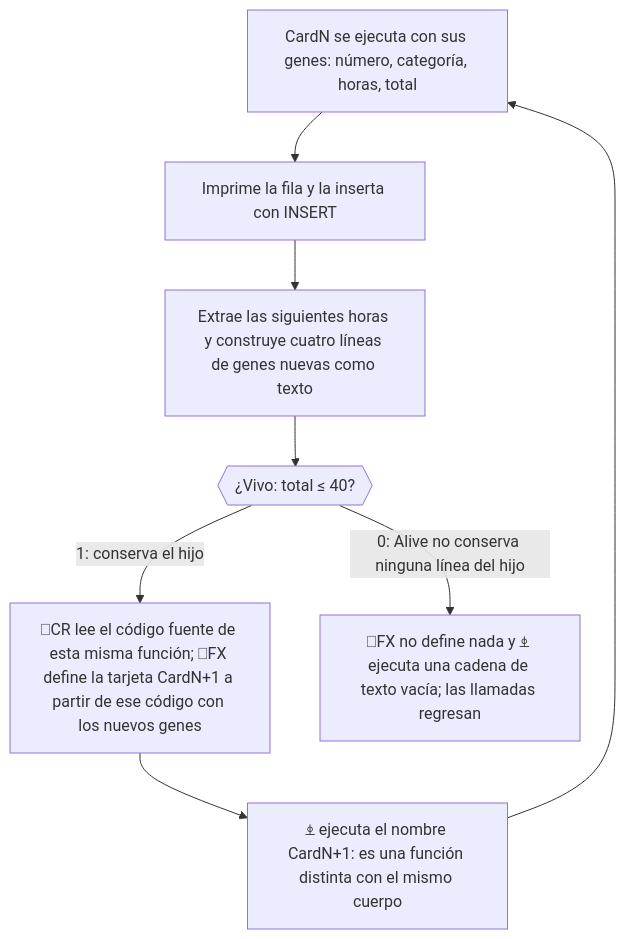
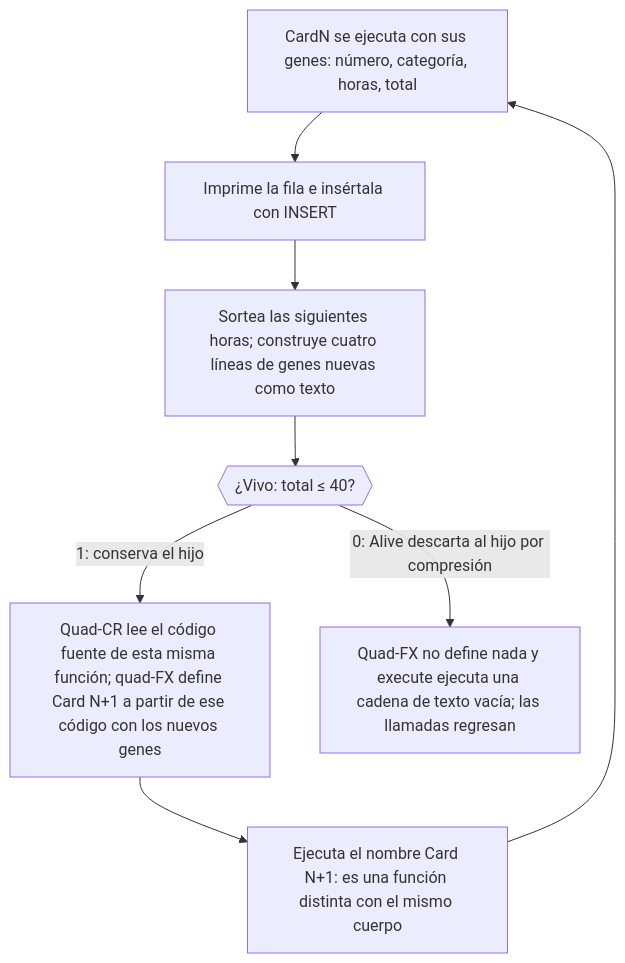
One commit to dullroar/aprende-a-programar-como-un-bicho-raro changed the second of 2 diagrams in lessons/guias-de-estudio/lenguajes/apl.md. Above: the diagram before and after it, drawn with Mermaid. The commit also changed other lines of this file and 18 other files, not shown here.

Commit message:
loop(P4-src-3): RustChallenge1, apl-weird, apl entry READMEs translated (176 segments); waivers EXC-095..102; apl guide diagrams re-synced from the apl README

````diff
--- a/lessons/guias-de-estudio/lenguajes/apl.md
+++ b/lessons/guias-de-estudio/lenguajes/apl.md
@@ -78,12 +78,12 @@
 ```mermaid
 flowchart TD
     accTitle: apl-weird: cada función de tarjeta escribe y llama a la siguiente
-    accDescr: Un diagrama de flujo. La función Card0 se ejecuta con sus genes: el número de tarjeta, la categoría, las horas y el total acumulado. Imprime su fila y la inserta en SQLite. Extrae las siguientes horas y construye como texto las cuatro líneas de genes de la siguiente tarjeta. Un booleano Alive vale 1 mientras el total no pasa de 40. Después, la función toma su propio código fuente con ⎕CR, que devuelve la representación canónica de una función. Reemplaza el encabezado y los genes, y comprime el texto del hijo con Alive, que conserva todas sus líneas o ninguna. ⎕FX define una función nueva, Card1, con lo que queda, o no define nada. Después, ⍎ ejecuta el nombre, también comprimido por Alive, así que llama a Card1, que hace los mismos pasos. Cuando Alive es 0, no se escribe ni se llama nada, y la cadena de llamadas retorna.
-    A["CardN se ejecuta con sus genes: número, categoría, horas, total"] --> B["Imprime la fila y la inserta con INSERT"]
-    B --> C["Extrae las siguientes horas y construye cuatro líneas de genes nuevas como texto"]
+    accDescr: Un diagrama de flujo. La función Card0 se ejecuta con sus genes: el número de tarjeta, la categoría, las horas y el total acumulado. Imprime su fila y la inserta en SQLite. Sortea las siguientes horas y construye como texto las cuatro líneas de genes de la tarjeta siguiente. Un booleano Alive vale 1 mientras el total no pase de 40. Luego la función toma su propio código fuente con la función ⎕CR, reemplaza el encabezado y los genes, y comprime con Alive todo el hijo. La función ⎕FX define una función nueva, Card1, con lo que queda, o no define nada. Ejecutar el nombre, también comprimido con Alive, llama entonces a Card1, que hace los mismos pasos. Cuando Alive vale 0, no se escribe ni se llama nada y la cadena de llamadas retorna.
+    A["CardN se ejecuta con sus genes: número, categoría, horas, total"] --> B["Imprime la fila e insértala con INSERT"]
+    B --> C["Sortea las siguientes horas; construye cuatro líneas de genes nuevas como texto"]
     C --> D{{"¿Vivo: total ≤ 40?"}}
-    D -->|"1: conserva el hijo"| E["⎕CR lee el código fuente de esta misma función; ⎕FX define la tarjeta CardN+1 a partir de ese código con los nuevos genes"]
-    E --> F["⍎ ejecuta el nombre CardN+1: es una función distinta con el mismo cuerpo"]
+    D -->|"1: conserva el hijo"| E["Quad-CR lee el código fuente de esta misma función; quad-FX define Card N+1 a partir de ese código con los nuevos genes"]
+    E --> F["Ejecuta el nombre Card N+1: es una función distinta con el mismo cuerpo"]
     F --> A
-    D -->|"0: Alive no conserva ninguna línea del hijo"| G["⎕FX no define nada y ⍎ ejecuta una cadena de texto vacía; las llamadas regresan"]
+    D -->|"0: Alive descarta al hijo por compresión"| G["Quad-FX no define nada y execute ejecuta una cadena de texto vacía; las llamadas regresan"]
 ```
````
